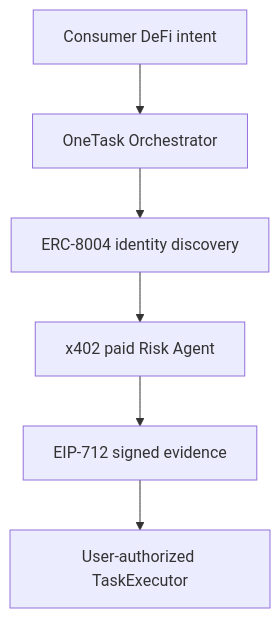
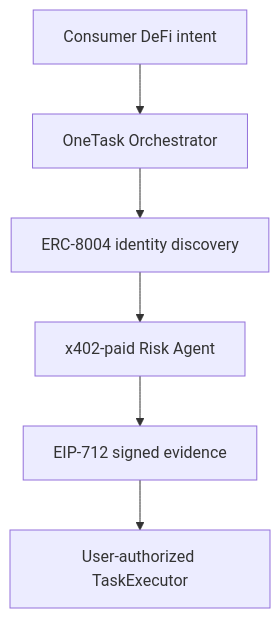
Before and after one commit to fakemonkgin/onetask-defi: the diagram in README.md, drawn with Mermaid. The commit also changed other lines of this file, not shown here.

Commit message:
docs: showcase architecture and verified workflow

````diff
--- a/README.md
+++ b/README.md
@@ -26,8 +51,8 @@
 ```mermaid
 flowchart TD
     A["Consumer DeFi intent"] --> B["OneTask Orchestrator"]
     B --> C["ERC-8004 identity discovery"]
-    C --> D["x402 paid Risk Agent"]
+    C --> D["x402-paid Risk Agent"]
     D --> E["EIP-712 signed evidence"]
     E --> F["User-authorized TaskExecutor"]
 ```
````
